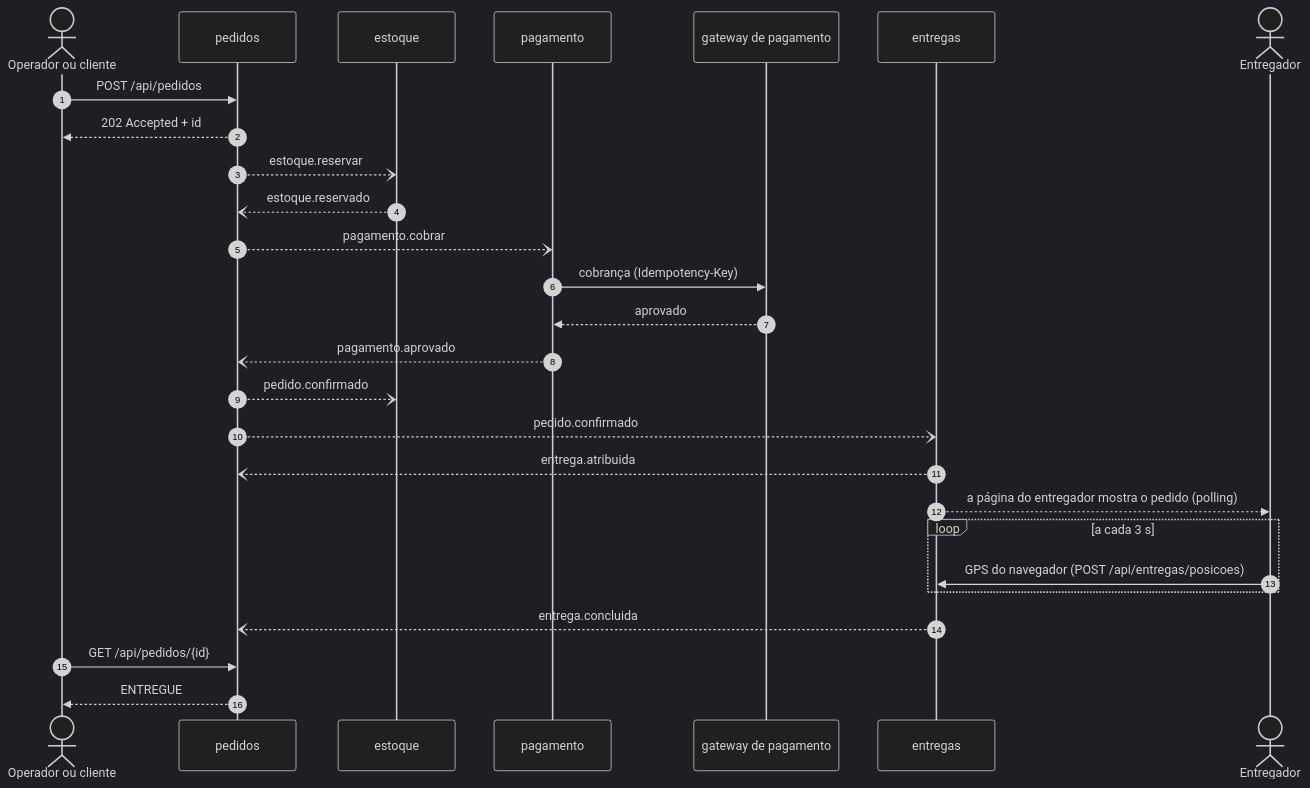
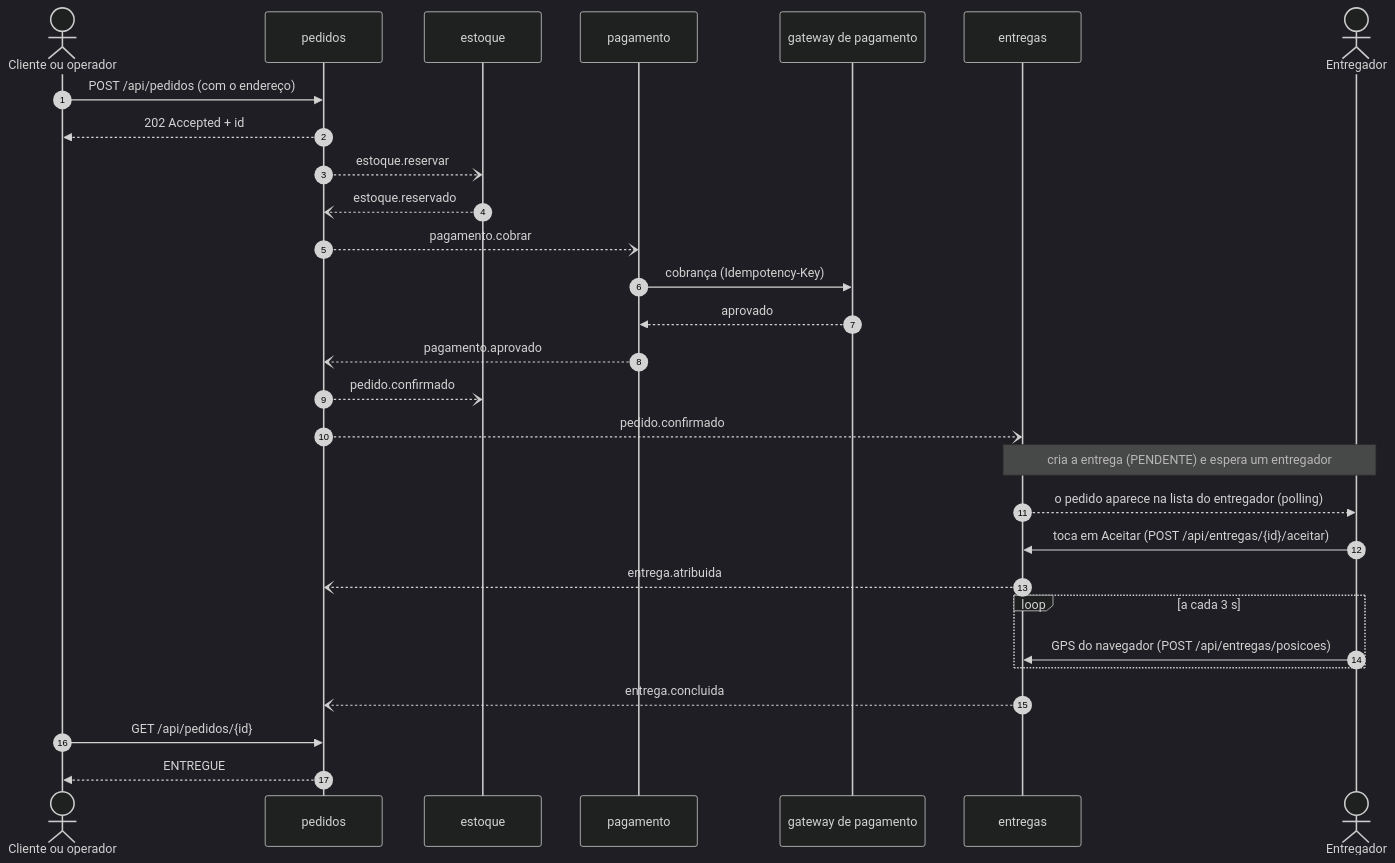
One commit to yurirrabelo/5bitsdelivery changed the first of 3 diagrams in docs/ESPECIFICACAO.md. Above: the diagram before and after it, drawn with Mermaid (dark theme). The commit also changed other lines of this file and 44 other files, not shown here.

````diff
--- a/docs/ESPECIFICACAO.md
+++ b/docs/ESPECIFICACAO.md
@@ -49,29 +49,31 @@
 ```mermaid
 sequenceDiagram
     autonumber
-    actor C as Operador ou cliente
+    actor C as Cliente ou operador
     participant P as pedidos
     participant E as estoque
     participant PG as pagamento
     participant GW as gateway de pagamento
     participant ENT as entregas
     actor M as Entregador
-    C->>P: POST /api/pedidos
+    C->>P: POST /api/pedidos (com o endereço)
     P-->>C: 202 Accepted + id
     P--)E: estoque.reservar
     E--)P: estoque.reservado
     P--)PG: pagamento.cobrar
     PG->>GW: cobrança (Idempotency-Key)
     GW-->>PG: aprovado
     PG--)P: pagamento.aprovado
     P--)E: pedido.confirmado
     P--)ENT: pedido.confirmado
+    Note over ENT,M: cria a entrega (PENDENTE) e espera um entregador
+    ENT-->>M: o pedido aparece na lista do entregador (polling)
+    M->>ENT: toca em Aceitar (POST /api/entregas/{id}/aceitar)
     ENT--)P: entrega.atribuida
-    ENT-->>M: a página do entregador mostra o pedido (polling)
     loop a cada 3 s
         M->>ENT: GPS do navegador (POST /api/entregas/posicoes)
     end
     ENT--)P: entrega.concluida
     C->>P: GET /api/pedidos/{id}
     P-->>C: ENTREGUE
 ```
````
